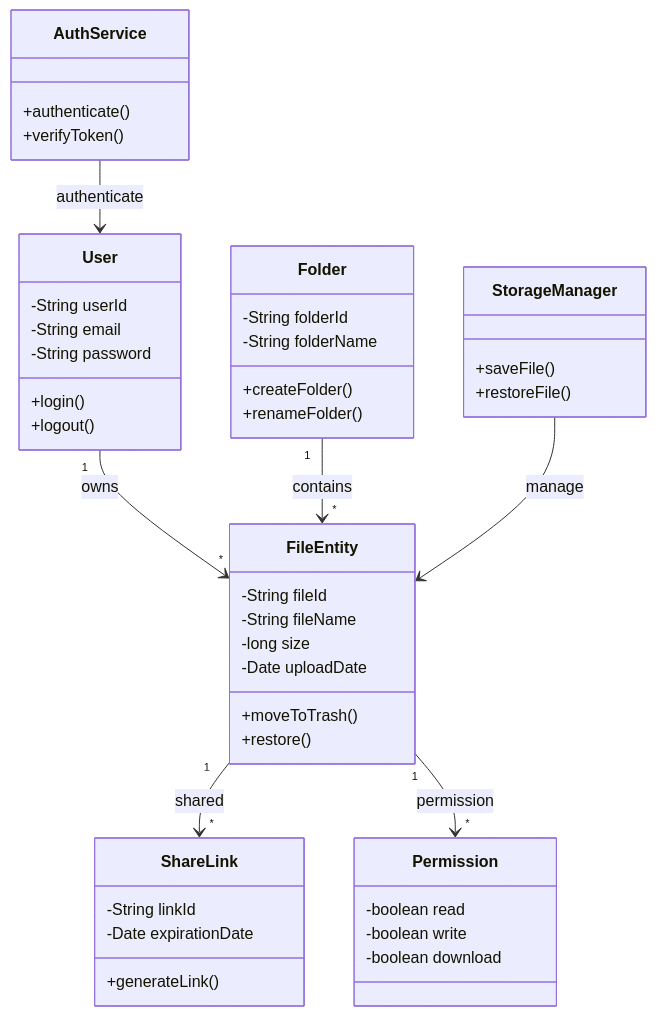
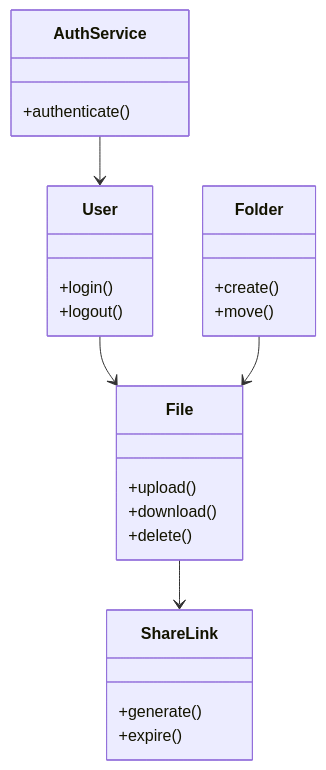
One commit to min12387/se changed the second of 4 diagrams in doc/requirement_analysis.md. Above: the diagram before and after it, drawn with Mermaid. The commit also changed other lines of this file, not shown here.

````diff
--- a/doc/requirement_analysis.md
+++ b/doc/requirement_analysis.md
@@ -169,56 +91,33 @@
 ```mermaid
 classDiagram
 
     class User {
-        -String userId
-        -String email
-        -String password
         +login()
         +logout()
     }
 
-    class FileEntity {
-        -String fileId
-        -String fileName
-        -long size
-        -Date uploadDate
-        +moveToTrash()
-        +restore()
+    class File {
+        +upload()
+        +download()
+        +delete()
     }
 
     class Folder {
-        -String folderId
-        -String folderName
-        +createFolder()
-        +renameFolder()
+        +create()
+        +move()
     }
 
     class ShareLink {
-        -String linkId
-        -Date expirationDate
-        +generateLink()
-    }
-
-    class Permission {
-        -boolean read
-        -boolean write
-        -boolean download
+        +generate()
+        +expire()
     }
 
     class AuthService {
         +authenticate()
-        +verifyToken()
     }
 
-    class StorageManager {
-        +saveFile()
-        +restoreFile()
-    }
-
-    User "1" --> "*" FileEntity : owns
-    Folder "1" --> "*" FileEntity : contains
-    FileEntity "1" --> "*" ShareLink : shared
-    FileEntity "1" --> "*" Permission : permission
-    AuthService --> User : authenticate
-    StorageManager --> FileEntity : manage
+    User --> File
+    Folder --> File
+    File --> ShareLink
+    AuthService --> User
 ```
````
